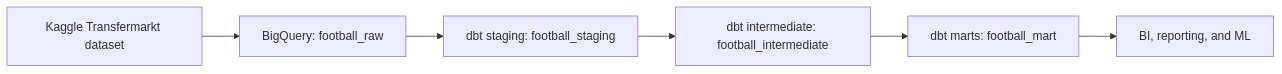
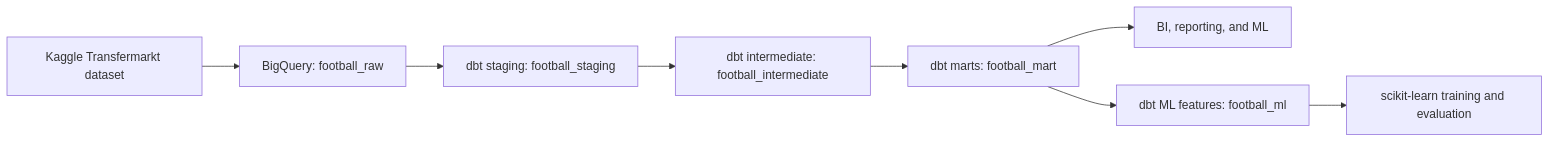
Before and after one commit to ilknurdenizozturk/football-player-performance-analysis: the diagram in README.md, drawn with Mermaid. The commit also changed other lines of this file and 19 other files, not shown here.

````diff
--- a/README.md
+++ b/README.md
@@ -25,8 +26,10 @@
 ```mermaid
 flowchart LR
     A["Kaggle Transfermarkt dataset"] --> B["BigQuery: football_raw"]
     B --> C["dbt staging: football_staging"]
     C --> D["dbt intermediate: football_intermediate"]
     D --> E["dbt marts: football_mart"]
     E --> F["BI, reporting, and ML"]
+    E --> G["dbt ML features: football_ml"]
+    G --> H["scikit-learn training and evaluation"]
 ```
````
